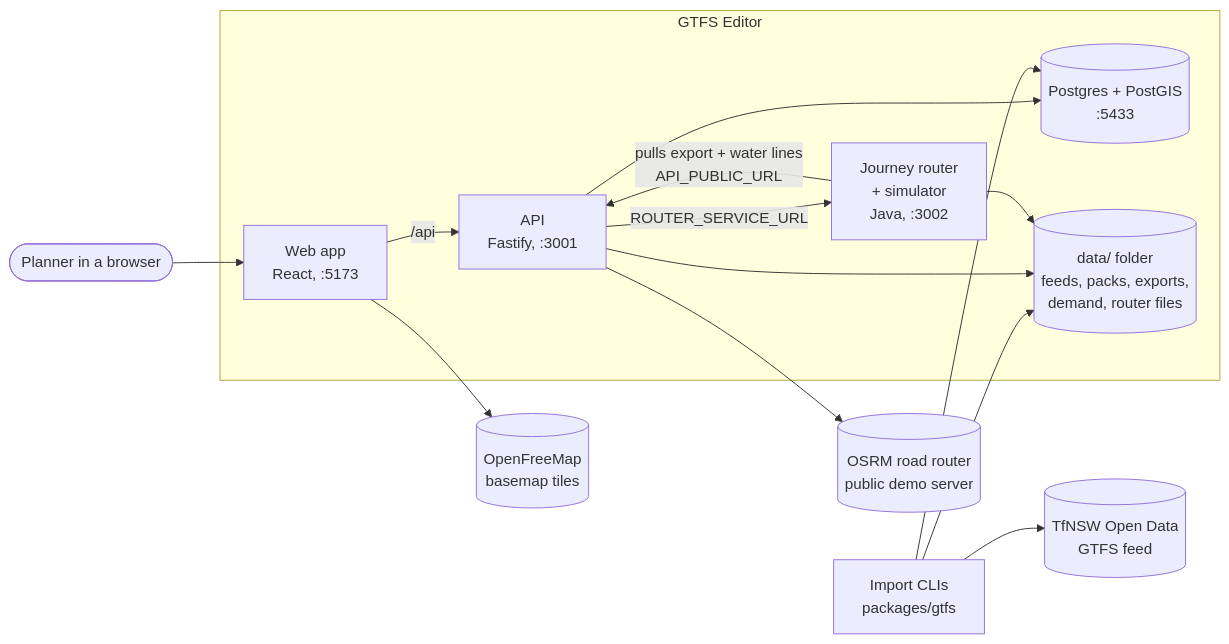
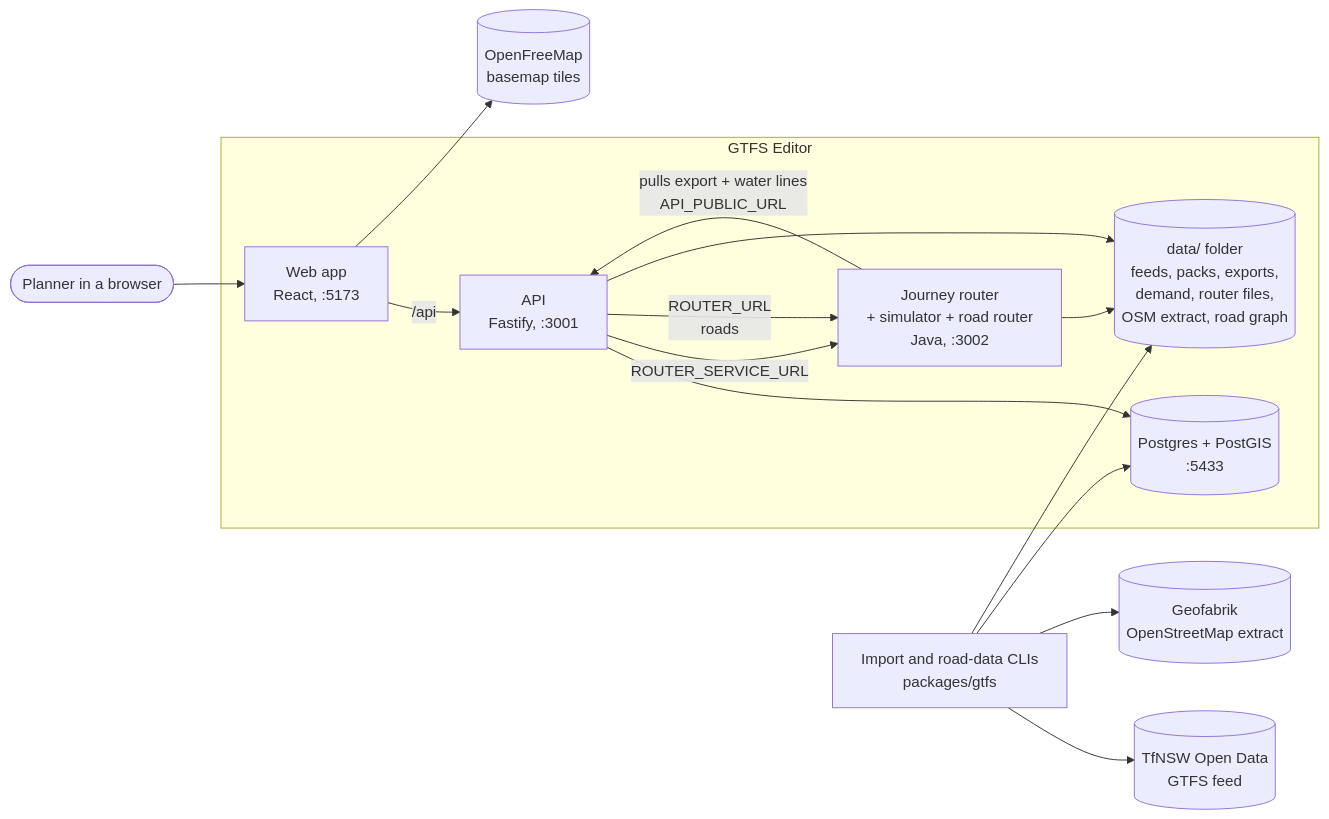
Before and after one commit to JamesNDL/gtfseditor_and_raptor: the first of 4 diagrams in docs/architecture/system.md, drawn with Mermaid. The commit also changed other lines of this file and 9 other files, not shown here.

First line of the commit message:
Write up the access analysis as built; road router replaces OSRM in the docs (AA-25)

````diff
--- a/docs/architecture/system.md
+++ b/docs/architecture/system.md
@@ -38,26 +39,27 @@
 ```mermaid
 flowchart LR
   user([Planner in a browser])
   tfnsw[(TfNSW Open Data<br/>GTFS feed)]
-  osrm[(OSRM road router<br/>public demo server)]
+  geofabrik[(Geofabrik<br/>OpenStreetMap extract)]
   ofm[(OpenFreeMap<br/>basemap tiles)]
   subgraph sys[GTFS Editor]
     web[Web app<br/>React, :5173]
     api[API<br/>Fastify, :3001]
     db[(Postgres + PostGIS<br/>:5433)]
-    router[Journey router<br/>+ simulator<br/>Java, :3002]
-    files[(data/ folder<br/>feeds, packs, exports,<br/>demand, router files)]
+    router[Journey router<br/>+ simulator + road router<br/>Java, :3002]
+    files[(data/ folder<br/>feeds, packs, exports,<br/>demand, router files,<br/>OSM extract, road graph)]
   end
   user --> web
   web -- /api --> api
   web --> ofm
   api --> db
-  api --> osrm
   api -- ROUTER_SERVICE_URL --> router
+  api -- ROUTER_URL<br/>roads --> router
   router -- pulls export + water lines<br/>API_PUBLIC_URL --> api
-  importer[Import CLIs<br/>packages/gtfs] --> tfnsw
+  importer[Import and road-data CLIs<br/>packages/gtfs] --> tfnsw
+  importer --> geofabrik
   importer --> db
   importer --> files
   api --> files
   router --> files
 ```
````
